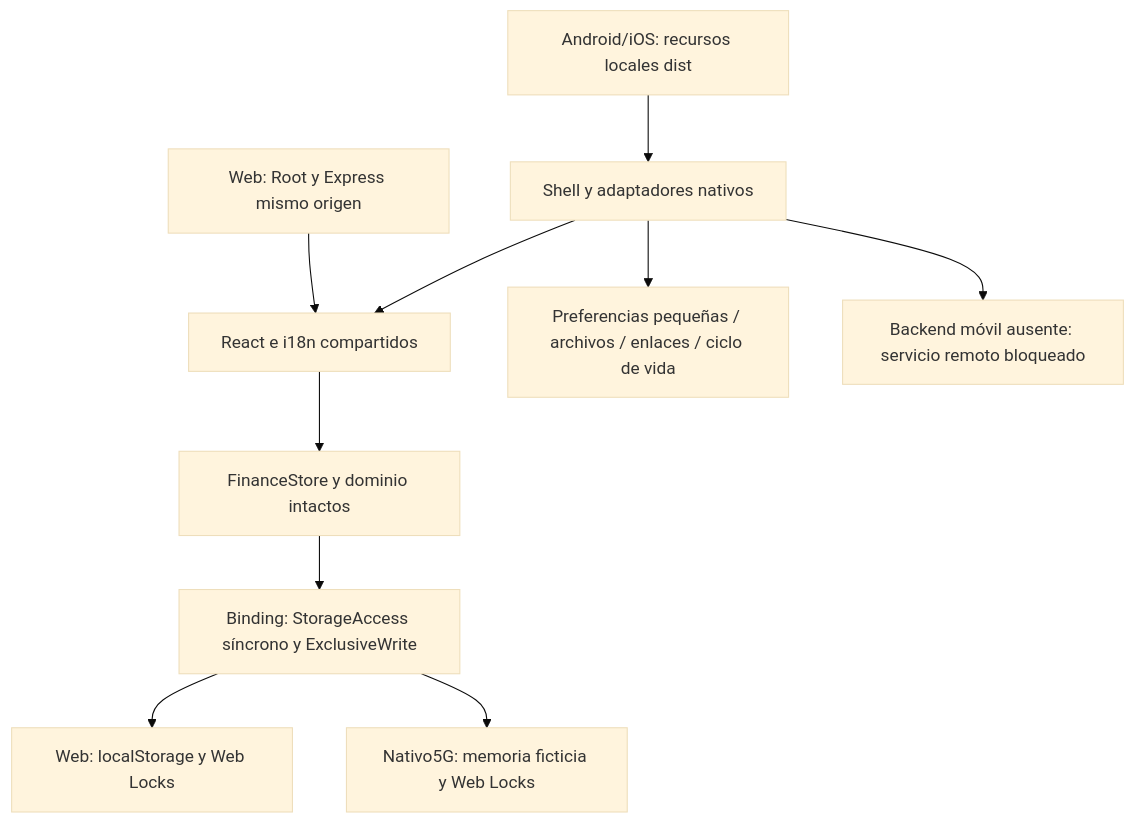
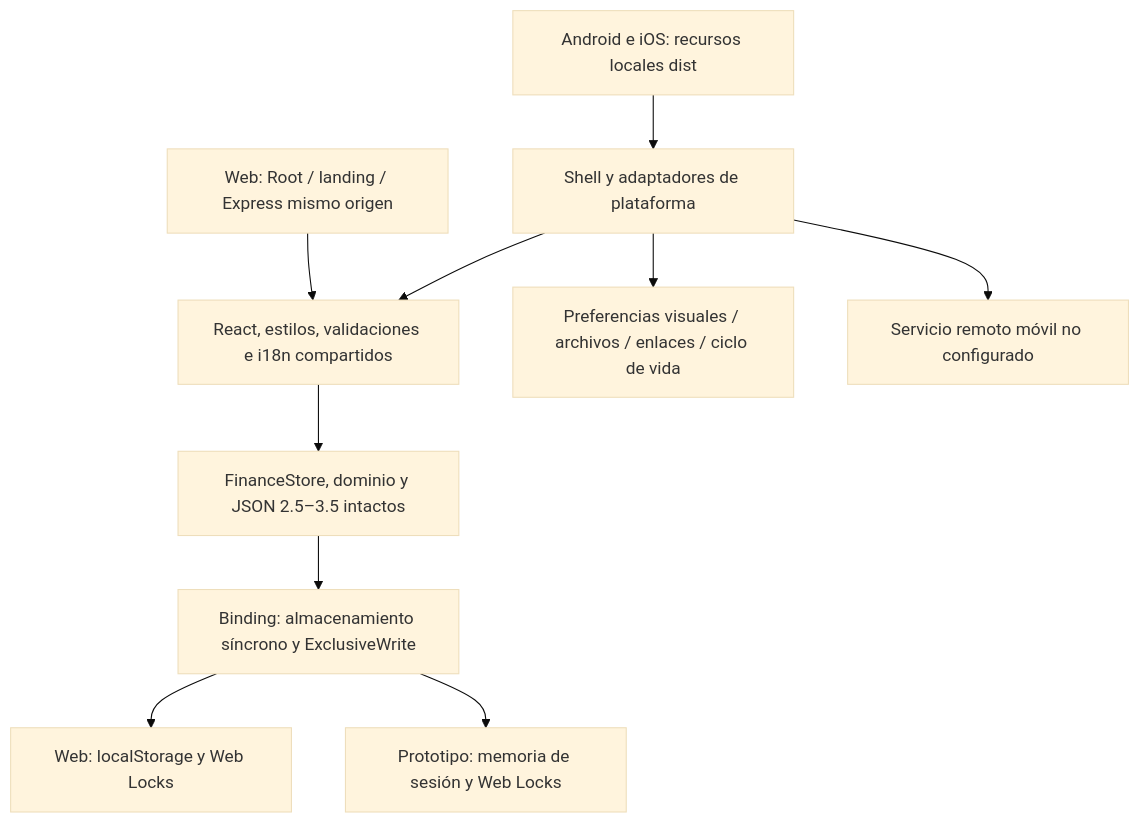
One commit to dlopezteruel-rgb/Finanzas-pro changed the diagram in docs/phase-5g-multiplatform-foundation.md. Above: the diagram before and after it, drawn with Mermaid (base theme). The commit also changed other lines of this file and 5 other files, not shown here.

````diff
--- a/docs/phase-5g-multiplatform-foundation.md
+++ b/docs/phase-5g-multiplatform-foundation.md
@@ -47,12 +13,12 @@
 ```mermaid
 flowchart TD
-    W[Web: Root y Express mismo origen] --> R[React e i18n compartidos]
-    N[Android/iOS: recursos locales dist] --> P[Shell y adaptadores nativos]
+    W[Web: Root / landing / Express mismo origen] --> R[React, estilos, validaciones e i18n compartidos]
+    N[Android e iOS: recursos locales dist] --> P[Shell y adaptadores de plataforma]
     P --> R
-    R --> F[FinanceStore y dominio intactos]
-    F --> B[Binding: StorageAccess síncrono y ExclusiveWrite]
+    R --> F[FinanceStore, dominio y JSON 2.5–3.5 intactos]
+    F --> B[Binding: almacenamiento síncrono y ExclusiveWrite]
     B --> L[Web: localStorage y Web Locks]
-    B --> M[Nativo5G: memoria ficticia y Web Locks]
-    P --> C[Preferencias pequeñas / archivos / enlaces / ciclo de vida]
-    P --> X[Backend móvil ausente: servicio remoto bloqueado]
+    B --> M[Prototipo: memoria de sesión y Web Locks]
+    P --> C[Preferencias visuales / archivos / enlaces / ciclo de vida]
+    P --> X[Servicio remoto móvil no configurado]
 ```
````
